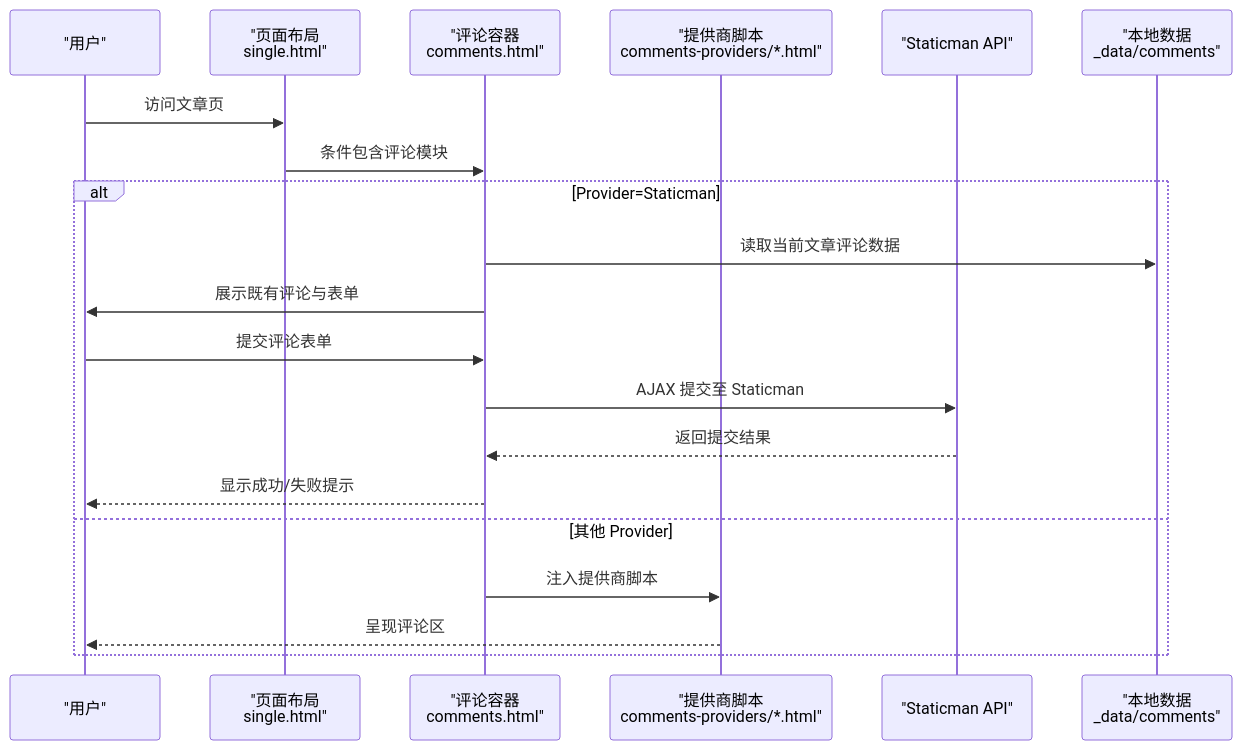
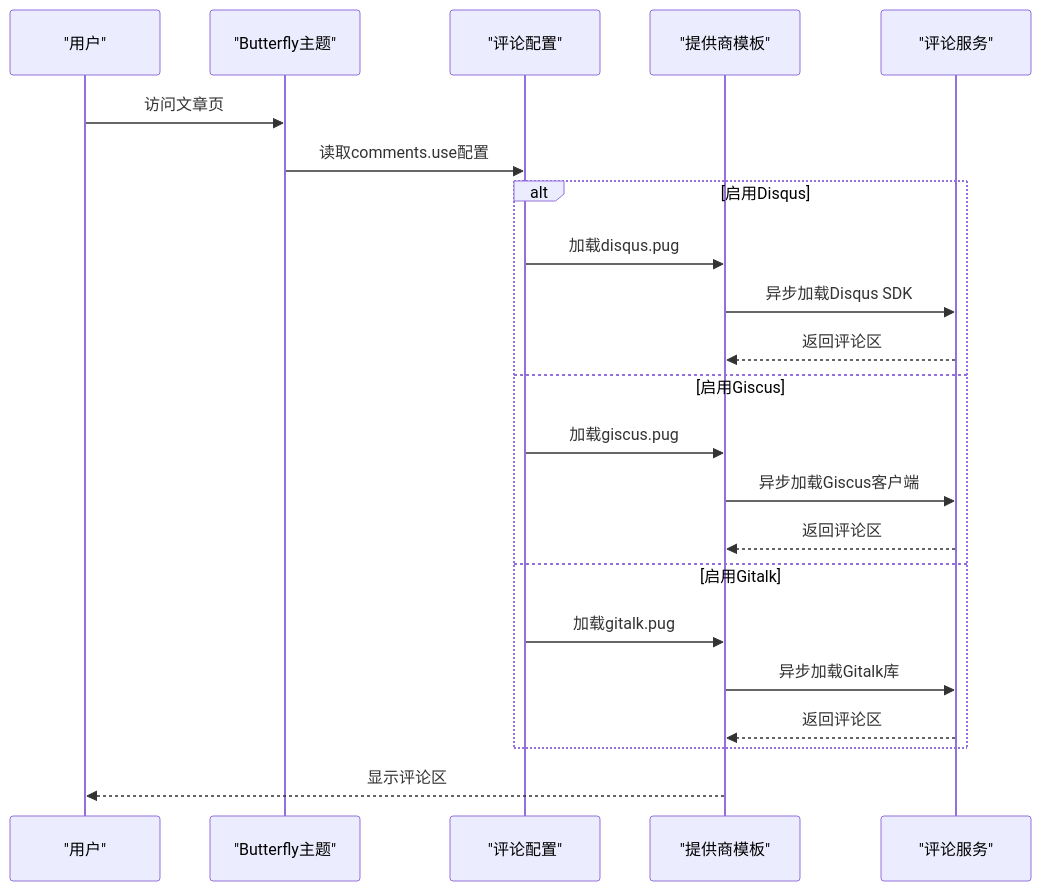
One commit to CoolPig0720/CoolPig0720.github.io changed the second of 3 diagrams in .qoder/repowiki/zh/content/社交和集成功能/评论系统集成.md. Above: the diagram before and after it, drawn with Mermaid. The commit also changed other lines of this file and 36 other files, not shown here.

````diff
--- a/.qoder/repowiki/zh/content/社交和集成功能/评论系统集成.md
+++ b/.qoder/repowiki/zh/content/社交和集成功能/评论系统集成.md
@@ -92,22 +80,24 @@
 ```mermaid
 sequenceDiagram
 participant U as "用户"
-participant L as "页面布局<br/>single.html"
-participant T as "评论容器<br/>comments.html"
-participant P as "提供商脚本<br/>comments-providers/*.html"
-participant S as "Staticman API"
-participant D as "本地数据<br/>_data/comments"
-U->>L : 访问文章页
-L->>T : 条件包含评论模块
-alt Provider=Staticman
-T->>D : 读取当前文章评论数据
-T->>U : 展示既有评论与表单
-U->>T : 提交评论表单
-T->>S : AJAX 提交至 Staticman
-S-->>T : 返回提交结果
-T-->>U : 显示成功/失败提示
-else 其他 Provider
-T->>P : 注入提供商脚本
-P-->>U : 呈现评论区
+participant T as "Butterfly主题"
+participant C as "评论配置"
+participant P as "提供商模板"
+participant S as "评论服务"
+U->>T : 访问文章页
+T->>C : 读取comments.use配置
+alt 启用Disqus
+C->>P : 加载disqus.pug
+P->>S : 异步加载Disqus SDK
+S-->>P : 返回评论区
+else 启用Giscus
+C->>P : 加载giscus.pug
+P->>S : 异步加载Giscus客户端
+S-->>P : 返回评论区
+else 启用Gitalk
+C->>P : 加载gitalk.pug
+P->>S : 异步加载Gitalk库
+S-->>P : 返回评论区
 end
+P-->>U : 显示评论区
 ```
````
